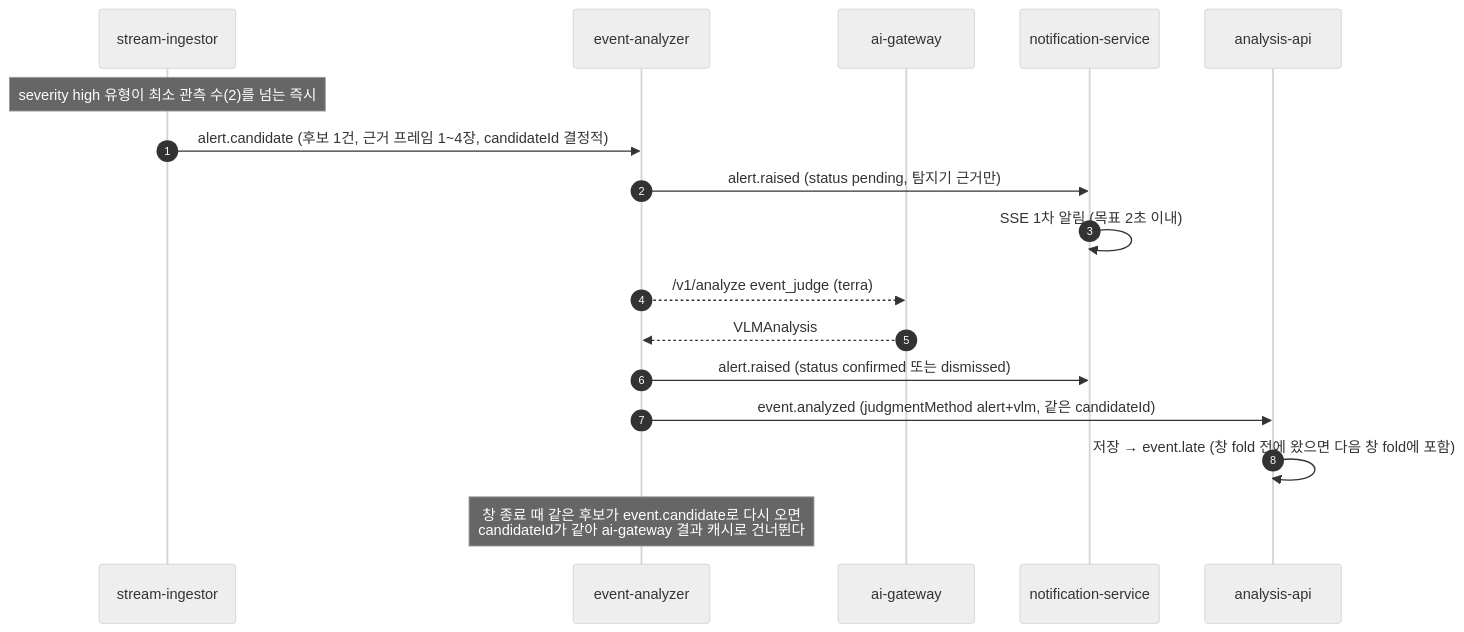
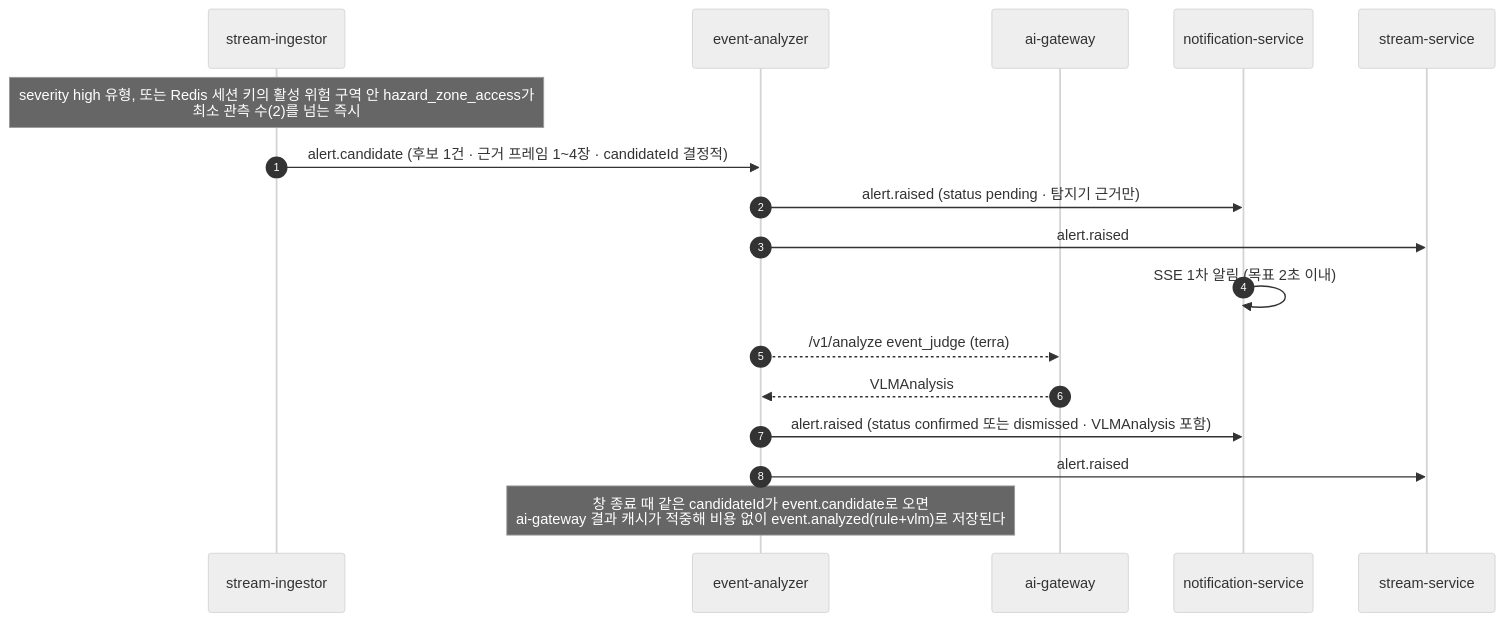
Before and after one commit to p5-3-final/docs: the sixth of 11 diagrams in docs/architecture/architecture.md, drawn with Mermaid (neutral theme). The commit also changed other lines of this file and 9 other files, not shown here.

First line of the commit message:
docs(architecture): v5.1 재검토 반영과 ADR-0015~0017 추가

````diff
--- a/docs/architecture/architecture.md
+++ b/docs/architecture/architecture.md
@@ -357,20 +364,20 @@
 ```mermaid
 sequenceDiagram
   autonumber
   participant IG as stream-ingestor
   participant EA as event-analyzer
   participant GW as ai-gateway
   participant NT as notification-service
-  participant AN as analysis-api
+  participant SS as stream-service
 
-  Note over IG: severity high 유형이 최소 관측 수(2)를 넘는 즉시
-  IG->>EA: alert.candidate (후보 1건, 근거 프레임 1~4장, candidateId 결정적)
-  EA->>NT: alert.raised (status pending, 탐지기 근거만)
+  Note over IG: severity high 유형, 또는 Redis 세션 키의 활성 위험 구역 안 hazard_zone_access가<br/>최소 관측 수(2)를 넘는 즉시
+  IG->>EA: alert.candidate (후보 1건 · 근거 프레임 1~4장 · candidateId 결정적)
+  EA->>NT: alert.raised (status pending · 탐지기 근거만)
+  EA->>SS: alert.raised
   NT->>NT: SSE 1차 알림 (목표 2초 이내)
   EA-->>GW: /v1/analyze event_judge (terra)
   GW-->>EA: VLMAnalysis
-  EA->>NT: alert.raised (status confirmed 또는 dismissed)
-  EA->>AN: event.analyzed (judgmentMethod alert+vlm, 같은 candidateId)
-  AN->>AN: 저장 → event.late (창 fold 전에 왔으면 다음 창 fold에 포함)
-  Note over EA: 창 종료 때 같은 후보가 event.candidate로 다시 오면<br/>candidateId가 같아 ai-gateway 결과 캐시로 건너뛴다
+  EA->>NT: alert.raised (status confirmed 또는 dismissed · VLMAnalysis 포함)
+  EA->>SS: alert.raised
+  Note over EA: 창 종료 때 같은 candidateId가 event.candidate로 오면<br/>ai-gateway 결과 캐시가 적중해 비용 없이 event.analyzed(rule+vlm)로 저장된다
 ```
````
